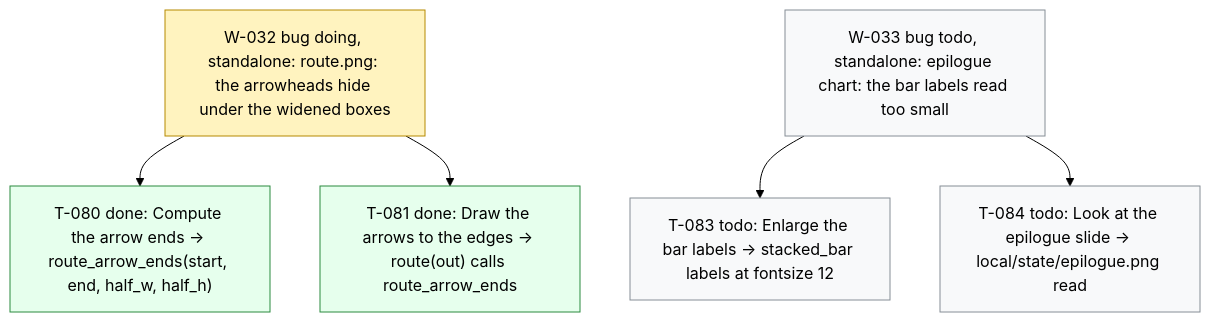
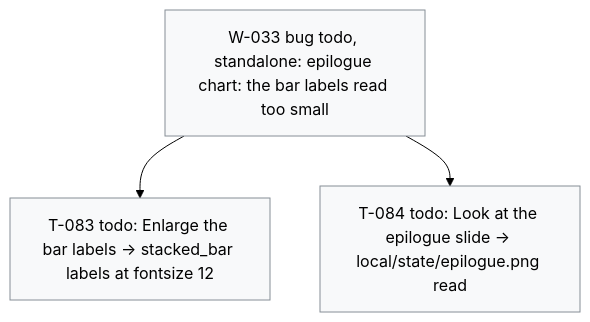
The diagram in .board/BOARD.md (dpopchev/chaos-to-simple), drawn with Mermaid (forest theme) before and after one commit. The commit also changed other lines of this file and 3 other files, not shown here.

````diff
--- a/.board/BOARD.md
+++ b/.board/BOARD.md
@@ -214,17 +220,12 @@
 ```mermaid
 flowchart TD
-  W032["W-032 bug doing, standalone: route.png: the arrowheads hide under the widened boxes"]
-  W032 --> T080["T-080 done: Compute the arrow ends -> route_arrow_ends(start, end, half_w, half_h)"]
-  W032 --> T081["T-081 done: Draw the arrows to the edges -> route(out) calls route_arrow_ends"]
   W033["W-033 bug todo, standalone: epilogue chart: the bar labels read too small"]
   W033 --> T083["T-083 todo: Enlarge the bar labels -> stacked_bar labels at fontsize 12"]
   W033 --> T084["T-084 todo: Look at the epilogue slide -> local/state/epilogue.png read"]
   classDef doing fill:#fff3bf,stroke:#b58900,color:#000;
   classDef blocked fill:#ffe3e3,stroke:#c92a2a,color:#000;
   classDef done fill:#e6ffed,stroke:#2b8a3e,color:#000;
   classDef todo fill:#f8f9fa,stroke:#868e96,color:#000;
   classDef pruned fill:#f1f3f5,stroke:#adb5bd,color:#000;
-  class W032 doing
-  class T080,T081 done
   class W033,T083,T084 todo
 ```
````
